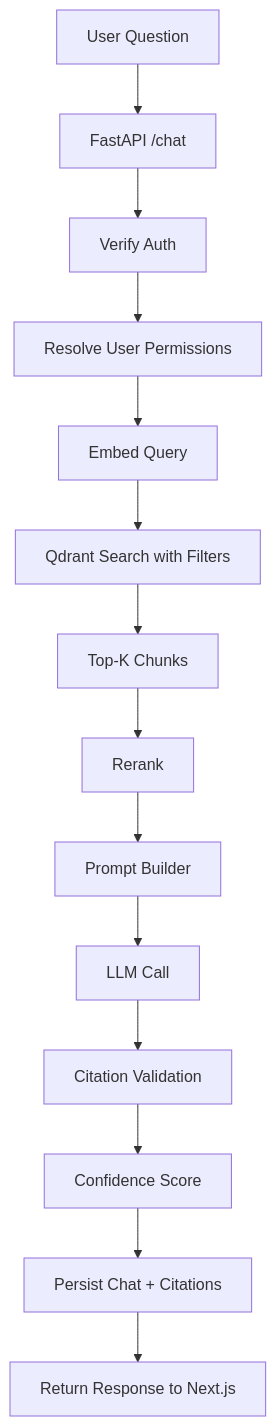
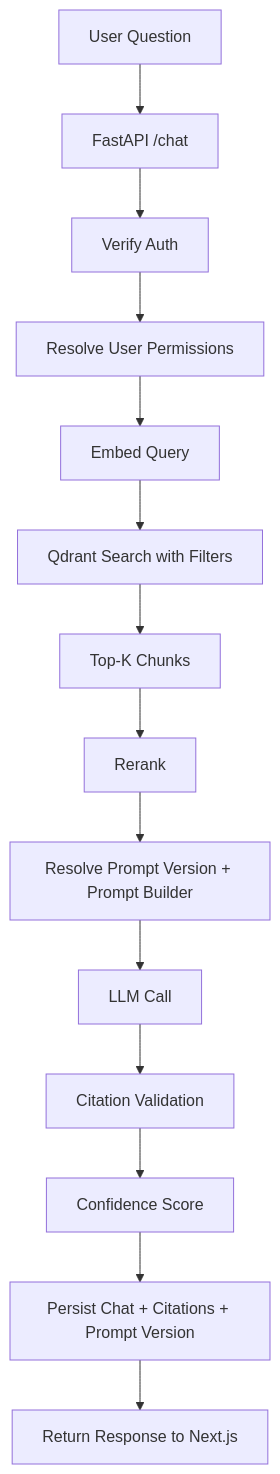
One commit to meghrazchi/rudix changed the third of 4 diagrams in docs/03_RAG_WORKFLOW.md. Above: the diagram before and after it, drawn with Mermaid. The commit also changed other lines of this file and 42 other files, not shown here.

````diff
--- a/docs/03_RAG_WORKFLOW.md
+++ b/docs/03_RAG_WORKFLOW.md
@@ -215,16 +215,16 @@
 ```mermaid
 flowchart TD
     A[User Question] --> B[FastAPI /chat]
     B --> C[Verify Auth]
     C --> D[Resolve User Permissions]
     D --> E[Embed Query]
     E --> F[Qdrant Search with Filters]
     F --> G[Top-K Chunks]
     G --> H[Rerank]
-    H --> I[Prompt Builder]
+    H --> I[Resolve Prompt Version + Prompt Builder]
     I --> J[LLM Call]
     J --> K[Citation Validation]
     K --> L[Confidence Score]
-    L --> M[Persist Chat + Citations]
+    L --> M[Persist Chat + Citations + Prompt Version]
     M --> N[Return Response to Next.js]
 ```
````
